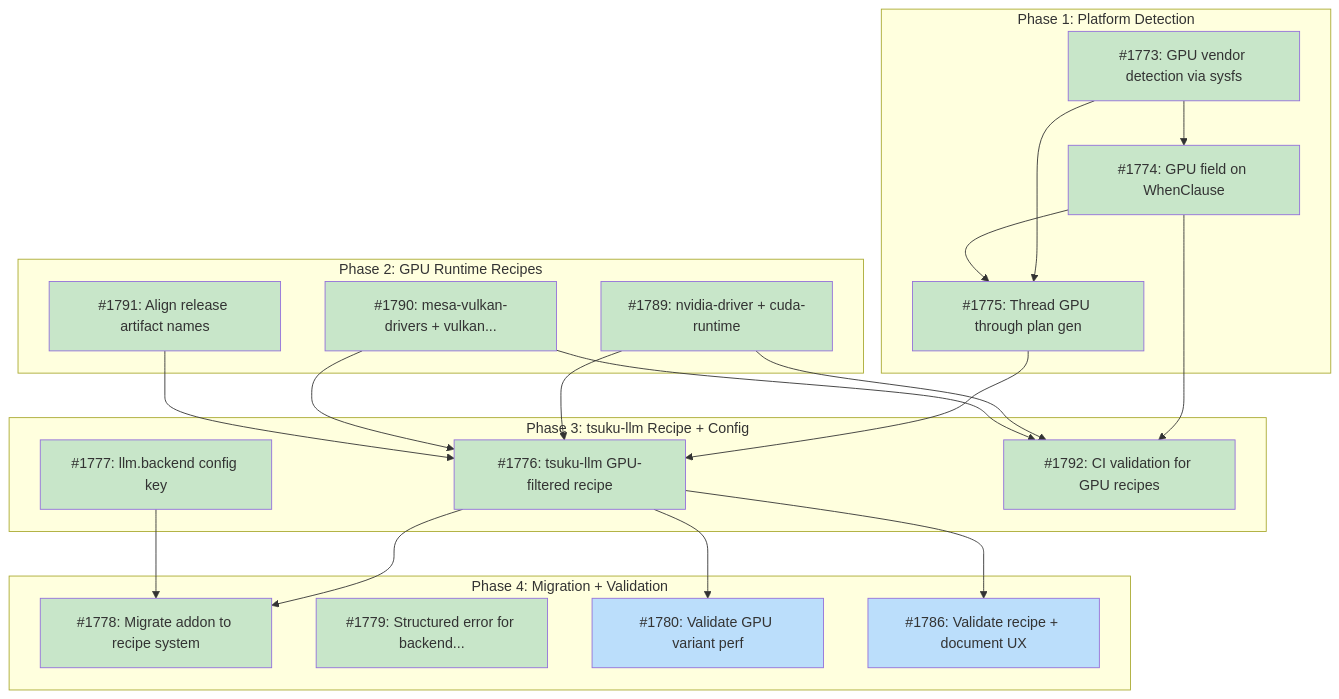
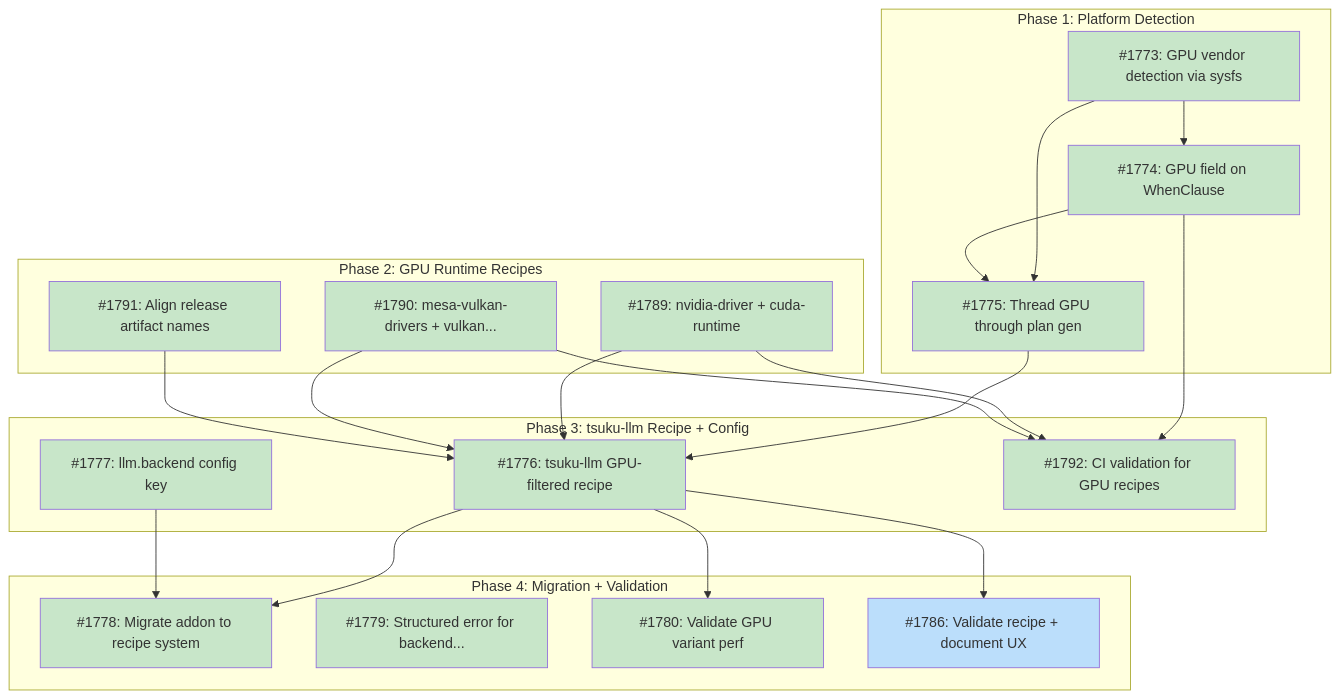
One commit to tsukumogami/tsuku changed the diagram in docs/designs/DESIGN-gpu-backend-selection.md. Above: the diagram before and after it, drawn with Mermaid. The commit also changed other lines of this file and 5 other files, not shown here.

````diff
--- a/docs/designs/DESIGN-gpu-backend-selection.md
+++ b/docs/designs/DESIGN-gpu-backend-selection.md
@@ -72,51 +72,51 @@
 ```mermaid
 graph TD
     subgraph Phase1["Phase 1: Platform Detection"]
         I1773["#1773: GPU vendor detection via sysfs"]
         I1774["#1774: GPU field on WhenClause"]
         I1775["#1775: Thread GPU through plan gen"]
     end
 
     subgraph Phase2["Phase 2: GPU Runtime Recipes"]
         I1789["#1789: nvidia-driver + cuda-runtime"]
         I1790["#1790: mesa-vulkan-drivers + vulkan..."]
         I1791["#1791: Align release artifact names"]
     end
 
     subgraph Phase3["Phase 3: tsuku-llm Recipe + Config"]
         I1776["#1776: tsuku-llm GPU-filtered recipe"]
         I1777["#1777: llm.backend config key"]
         I1792["#1792: CI validation for GPU recipes"]
     end
 
     subgraph Phase4["Phase 4: Migration + Validation"]
         I1778["#1778: Migrate addon to recipe system"]
         I1779["#1779: Structured error for backend..."]
         I1780["#1780: Validate GPU variant perf"]
         I1786["#1786: Validate recipe + document UX"]
     end
 
     I1773 --> I1774
     I1773 --> I1775
     I1774 --> I1775
     I1774 --> I1792
     I1789 --> I1792
     I1790 --> I1792
     I1775 --> I1776
     I1789 --> I1776
     I1790 --> I1776
     I1791 --> I1776
     I1776 --> I1778
     I1777 --> I1778
     I1776 --> I1780
     I1776 --> I1786
 
     classDef done fill:#c8e6c9
     classDef ready fill:#bbdefb
     classDef blocked fill:#fff9c4
     classDef needsDesign fill:#e1bee7
     classDef tracksDesign fill:#FFE0B2,stroke:#F57C00,color:#000
 
-    class I1773,I1774,I1775,I1776,I1777,I1778,I1779,I1789,I1790,I1791,I1792 done
-    class I1780,I1786 ready
+    class I1773,I1774,I1775,I1776,I1777,I1778,I1779,I1780,I1789,I1790,I1791,I1792 done
+    class I1786 ready
 ```
````
